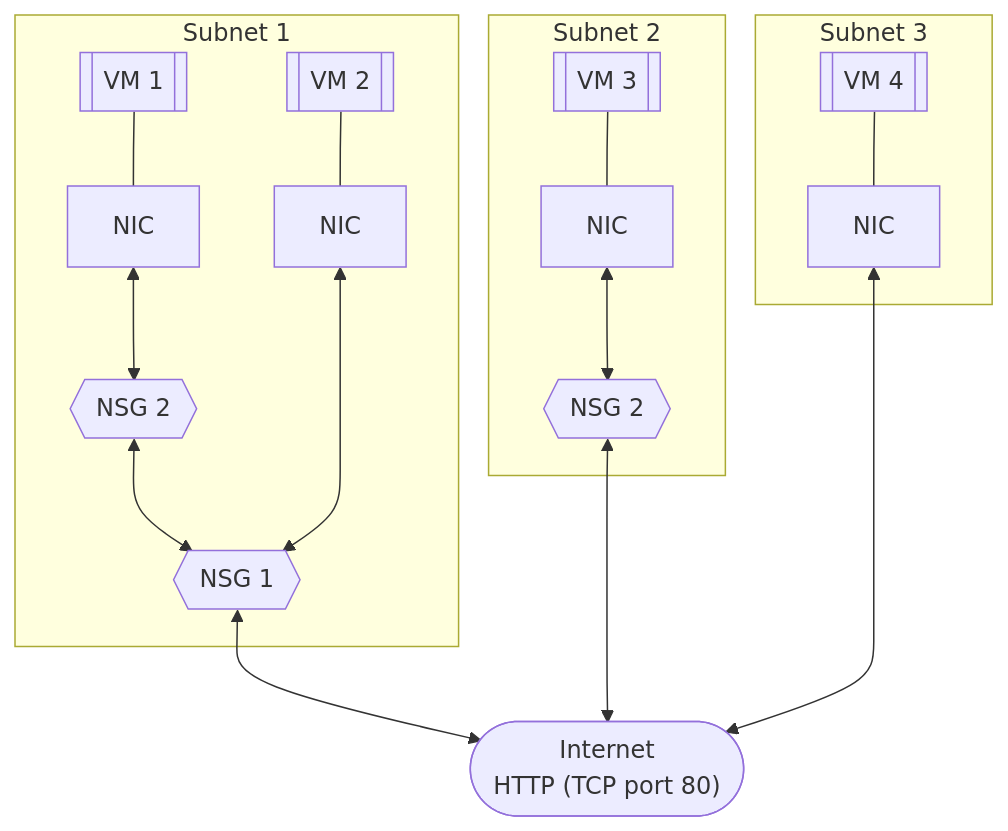
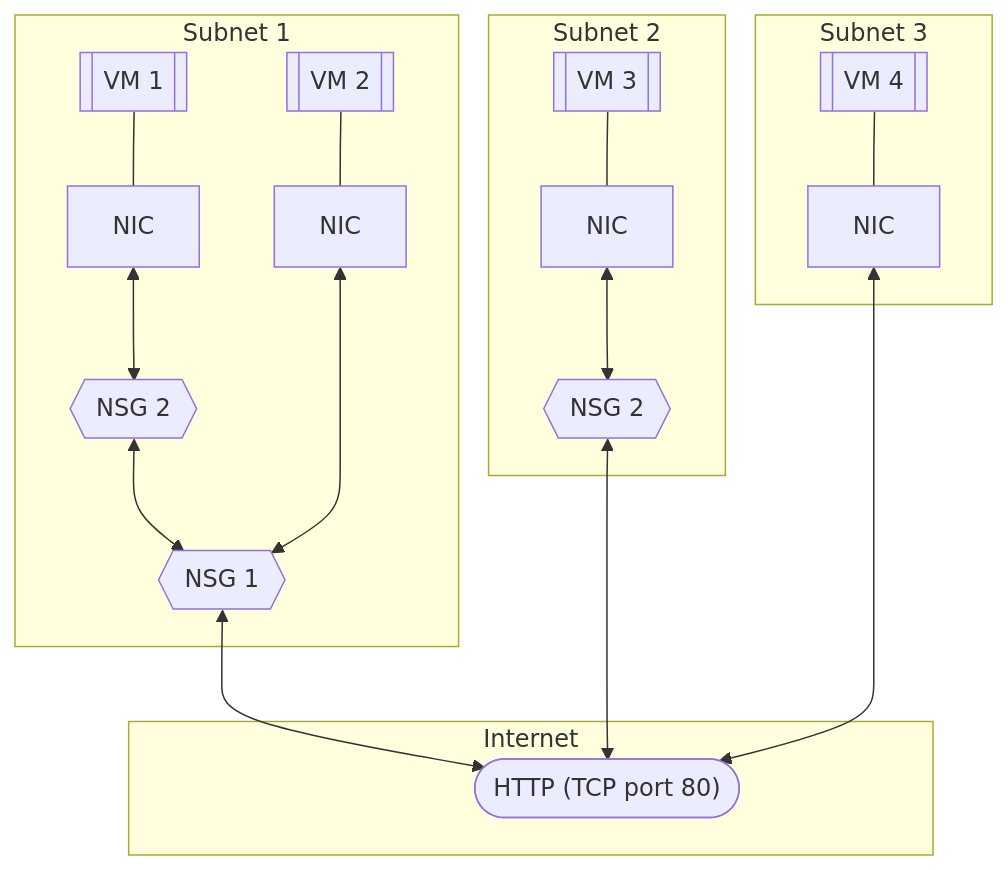
The first of 2 diagrams in 02-network-security-groups.md (JaimeStill/virtual-networks), drawn with Mermaid before and after one commit. The commit also changed other lines of this file, not shown here.

````diff
--- a/02-network-security-groups.md
+++ b/02-network-security-groups.md
@@ -85,21 +85,23 @@
 ```mermaid
-flowchart TD
+flowchart TB
     subgraph sn1[Subnet 1]
-    vm1[[VM 1]]---nc1[NIC]
-    nc1<-->nsg2{{NSG 2}};
-    nsg2<-->nsg1{{NSG 1}}
-    vm2[[VM 2]]---nc2[NIC]
-    nc2<--->nsg1
+        vm1[[VM 1]]---nc1[NIC]
+        nc1<-->nsg2{{NSG 2}};
+        nsg2<-->nsg1{{NSG 1}}
+        vm2[[VM 2]]---nc2[NIC]
+        nc2<--->nsg1
     end
     subgraph sn2[Subnet 2]
-    vm3[[VM 3]]---nc3[NIC]
-    nc3<-->nsg3{{NSG 2}}
+        vm3[[VM 3]]---nc3[NIC]
+        nc3<-->nsg3{{NSG 2}}
     end
-    subgraph sn3[Subnet 3]
-    vm4[[VM 4]]---nc4[NIC]
+        subgraph sn3[Subnet 3]
+        vm4[[VM 4]]---nc4[NIC]
     end
-    nsg1<-->inet(["Internet
-    HTTP (TCP port 80)"])
-    nsg3<--->inet
-    nc4<---->inet
+    subgraph inet[Internet]
+        http(["HTTP (TCP port 80)"])
+    end
+    nsg1<-->http
+    nsg3<--->http
+    nc4<---->http
 ```
````
